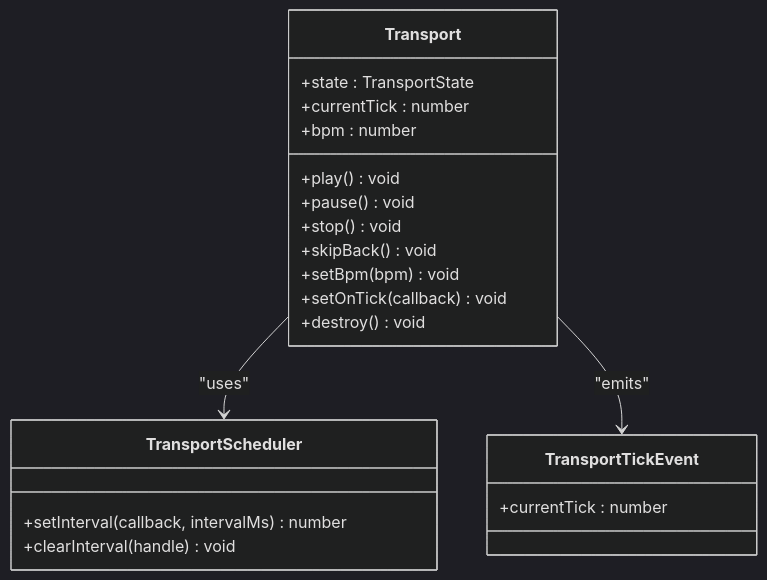
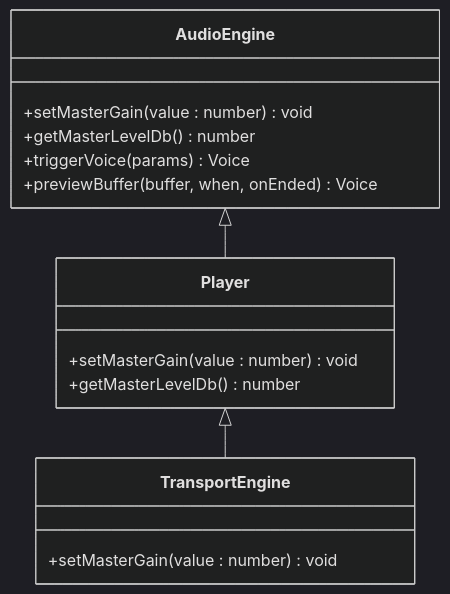
One commit to satyrlord/mixjam-electron changed the sixth of 8 diagrams in .qoder/repowiki/en/content/Audio Engine/Transport System.md. Above: the diagram before and after it, drawn with Mermaid (dark theme). The commit also changed other lines of this file and 104 other files, not shown here.

First line of the commit message:
fix(config): update markdownlint schema and cleanup ignored paths

````diff
--- a/.qoder/repowiki/en/content/Audio Engine/Transport System.md
+++ b/.qoder/repowiki/en/content/Audio Engine/Transport System.md
@@ -221,24 +276,18 @@
 ```mermaid
 classDiagram
-class Transport {
-+state : TransportState
-+currentTick : number
-+bpm : number
-+play() void
-+pause() void
-+stop() void
-+skipBack() void
-+setBpm(bpm) void
-+setOnTick(callback) void
-+destroy() void
+class AudioEngine {
++setMasterGain(value : number) void
++getMasterLevelDb() number
++triggerVoice(params) Voice
++previewBuffer(buffer, when, onEnded) Voice
 }
-class TransportScheduler {
-+setInterval(callback, intervalMs) number
-+clearInterval(handle) void
+class Player {
++setMasterGain(value : number) void
++getMasterLevelDb() number
 }
-class TransportTickEvent {
-+currentTick : number
+class TransportEngine {
++setMasterGain(value : number) void
 }
-Transport --> TransportScheduler : "uses"
-Transport --> TransportTickEvent : "emits"
+AudioEngine <|-- Player
+Player <|-- TransportEngine
 ```
````
